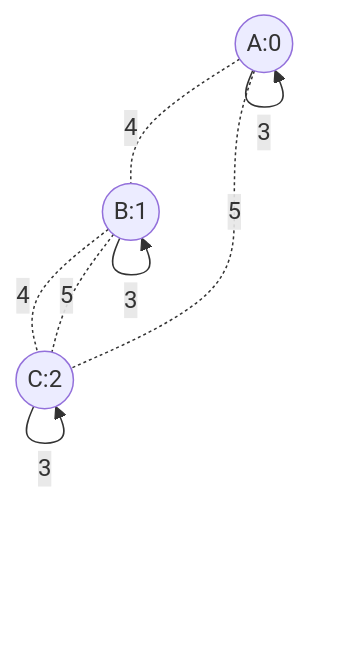
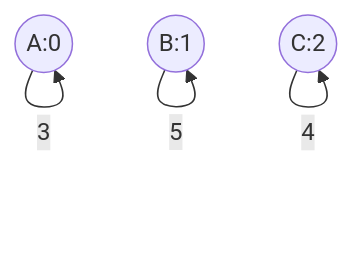
One commit to randomfunkstyle/randomfun2025swift changed the diagram in Resources/TestMaps/three_rooms_four_loops.md. Above: the diagram before and after it, drawn with Mermaid. The commit also changed other lines of this file and 27 other files, not shown here.

````diff
--- a/Resources/TestMaps/three_rooms_four_loops.md
+++ b/Resources/TestMaps/three_rooms_four_loops.md
@@ -3,24 +3,21 @@
 ```mermaid
 graph TD
     A((A:0))
     B((B:1))
     C((C:2))
-    
-    A -.4.- B
-    A -.5.- C
-    B -.4.- C
-    B -.5.- C
-    
+
     A --0--> A
     A --1--> A
     A --2--> A
     A --3--> A
     B --0--> B
     B --1--> B
     B --2--> B
     B --3--> B
+    B --5--> B
     C --0--> C
     C --1--> C
     C --2--> C
     C --3--> C
+    C --4--> C
 ```
````
